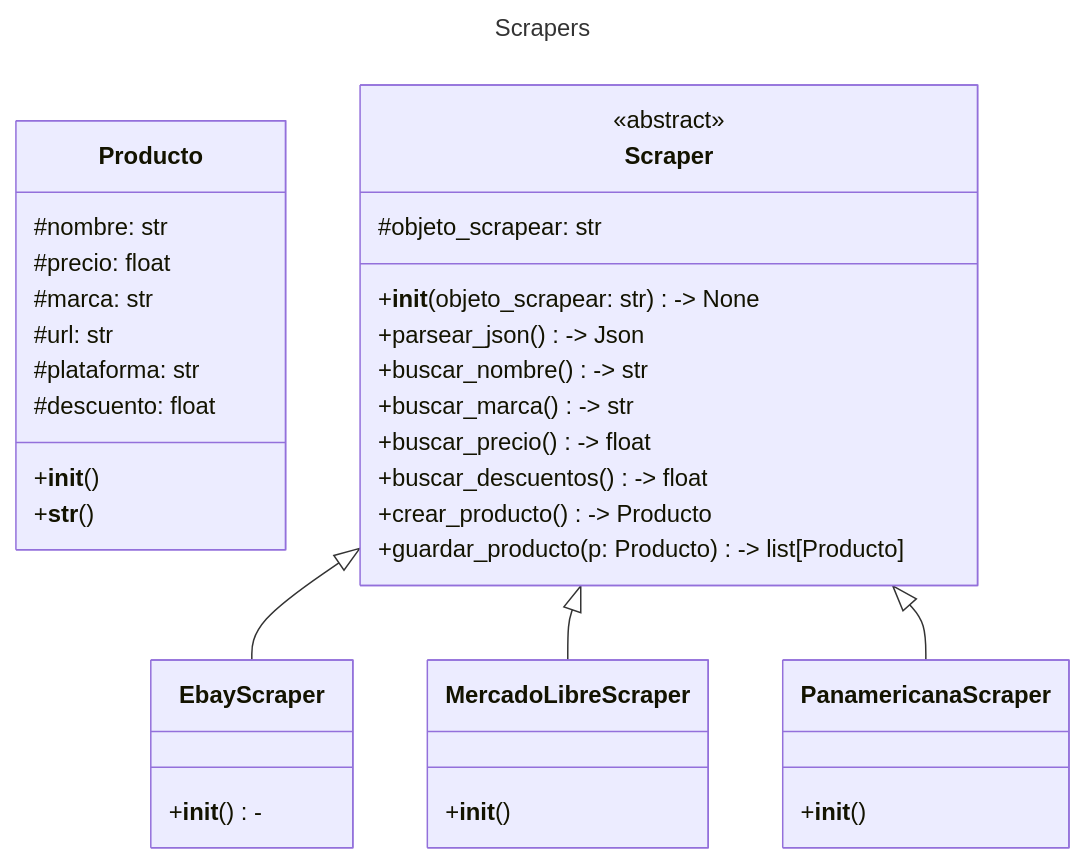
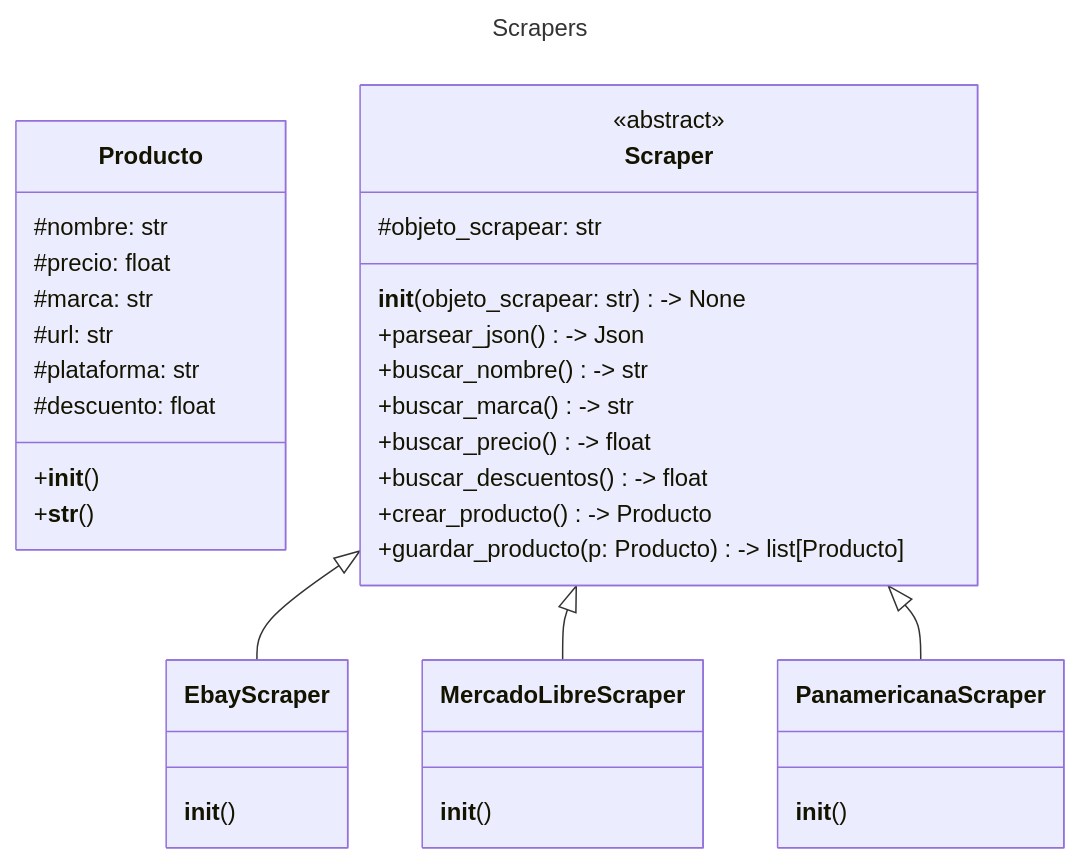
One commit to DanielFelipeGomezFonseca/poo_project changed the first of 2 diagrams in README.md. Above: the diagram before and after it, drawn with Mermaid. The commit also changed other lines of this file, not shown here.

````diff
--- a/README.md
+++ b/README.md
@@ -36,48 +36,48 @@
 ```mermaid
 ---
 title: Scrapers
 ---
 classDiagram
 
 class Producto {
   #nombre: str
   #precio: float
   #marca: str
   #url: str
   #plataforma: str
   #descuento: float
 
   +__init__() 
   +__str__() 
 }
 
 class Scraper {
   <<abstract>>
   #objeto_scrapear: str
 
-  +__init__(objeto_scrapear: str) -> None
+  __init__(objeto_scrapear: str) -> None
   +parsear_json() -> Json
   +buscar_nombre() -> str
   +buscar_marca() -> str
   +buscar_precio() -> float
   +buscar_descuentos() -> float
   +crear_producto() -> Producto
   +guardar_producto(p: Producto) -> list[Producto]
 }
 
 class EbayScraper {
-  +__init__() -
+  __init__() 
 }
 
 class MercadoLibreScraper {
-  +__init__() 
+  __init__() 
 }
 
 class PanamericanaScraper {
-  +__init__() 
+  __init__() 
 }
 
 Scraper <|-- EbayScraper
 Scraper <|-- MercadoLibreScraper
 Scraper <|-- PanamericanaScraper
 ```
````
